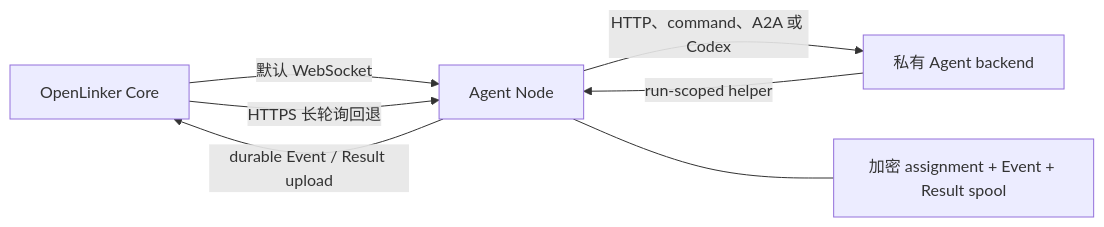
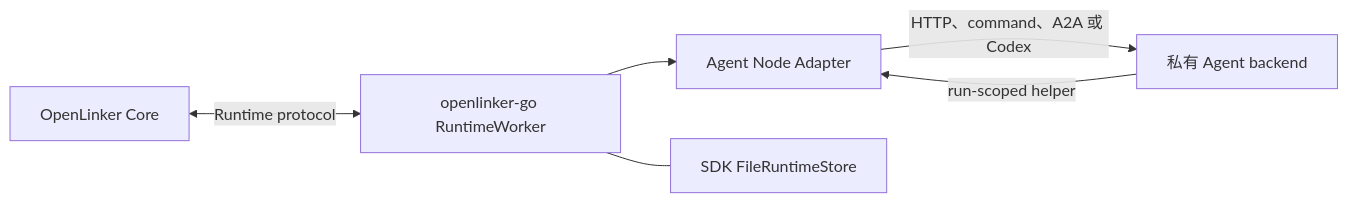
Before and after one commit to OpenLinker-ai/openlinker-agent-node: the diagram in README.zh-CN.md, drawn with Mermaid. The commit also changed other lines of this file and 100 other files, not shown here.

Commit message:
refactor(runtime)!: reduce Agent Node to adapter shell

````diff
--- a/README.zh-CN.md
+++ b/README.zh-CN.md
@@ -38,9 +19,8 @@
 ```mermaid
 flowchart LR
-  Core["OpenLinker Core"] -->|"默认 WebSocket"| Node["Agent Node"]
-  Core -->|"HTTPS 长轮询回退"| Node
-  Node -->|"HTTP、command、A2A 或 Codex"| Backend["私有 Agent backend"]
-  Backend -->|"run-scoped helper"| Node
-  Node -->|"durable Event / Result upload"| Core
-  Node --- Store["加密 assignment + Event + Result spool"]
+  Core["OpenLinker Core"] <-->|"Runtime protocol"| SDK["openlinker-go RuntimeWorker"]
+  SDK --> Handler["Agent Node Adapter"]
+  Handler -->|"HTTP、command、A2A 或 Codex"| Backend["私有 Agent backend"]
+  Backend -->|"run-scoped helper"| Handler
+  SDK --- Store["SDK FileRuntimeStore"]
 ```
````
